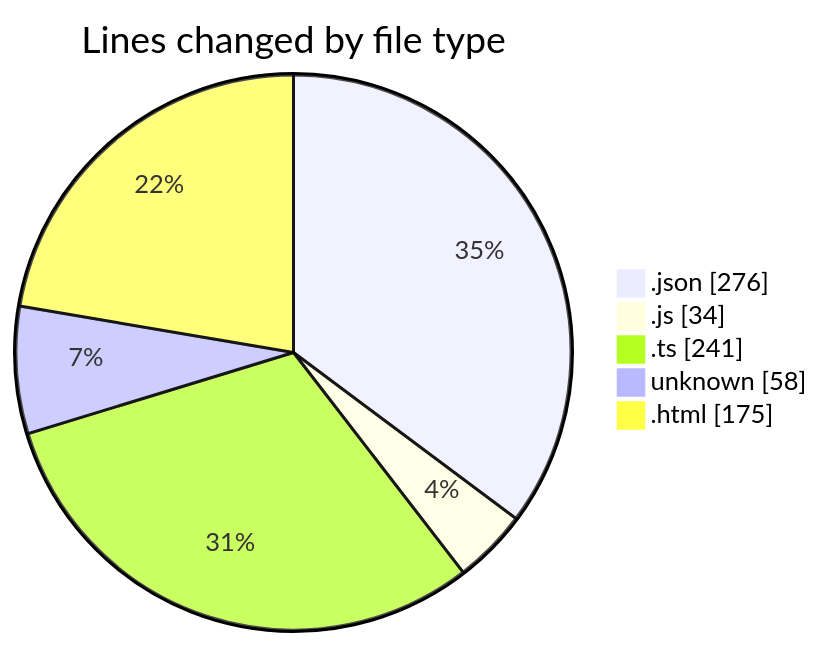
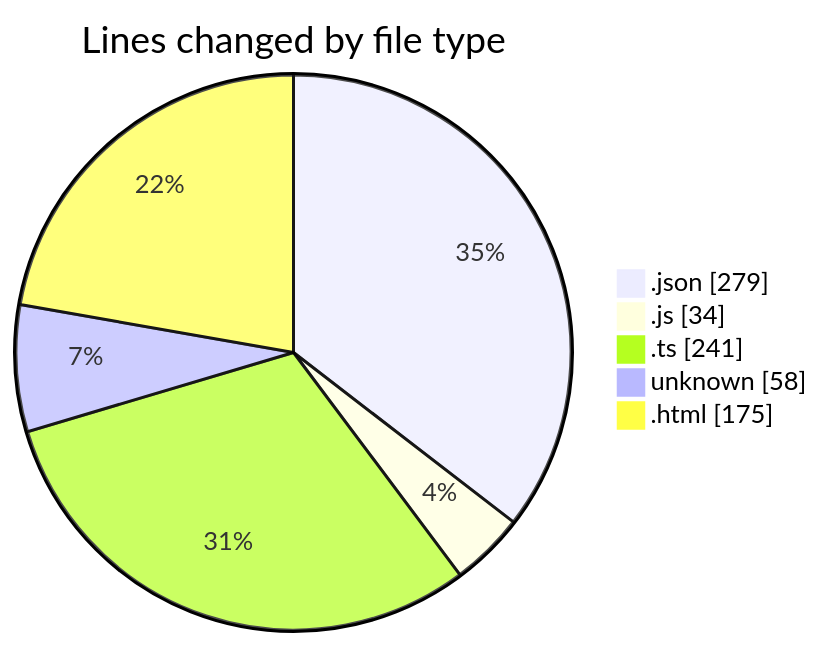
One commit to momahboobian/code-tracking changed the first of 2 diagrams in 2025-05-12/news-clock-system-caspercg/README.md. Above: the diagram before and after it, drawn with Mermaid. The commit also changed other lines of this file and 1 other file, not shown here.

````diff
--- a/2025-05-12/news-clock-system-caspercg/README.md
+++ b/2025-05-12/news-clock-system-caspercg/README.md
@@ -32,9 +32,9 @@
 ```mermaid
 pie showData
 title Lines changed by file type
-".json" : 276
+".json" : 279
 ".js" : 34
 ".ts" : 241
 "unknown" : 58
 ".html" : 175
 ```
````
